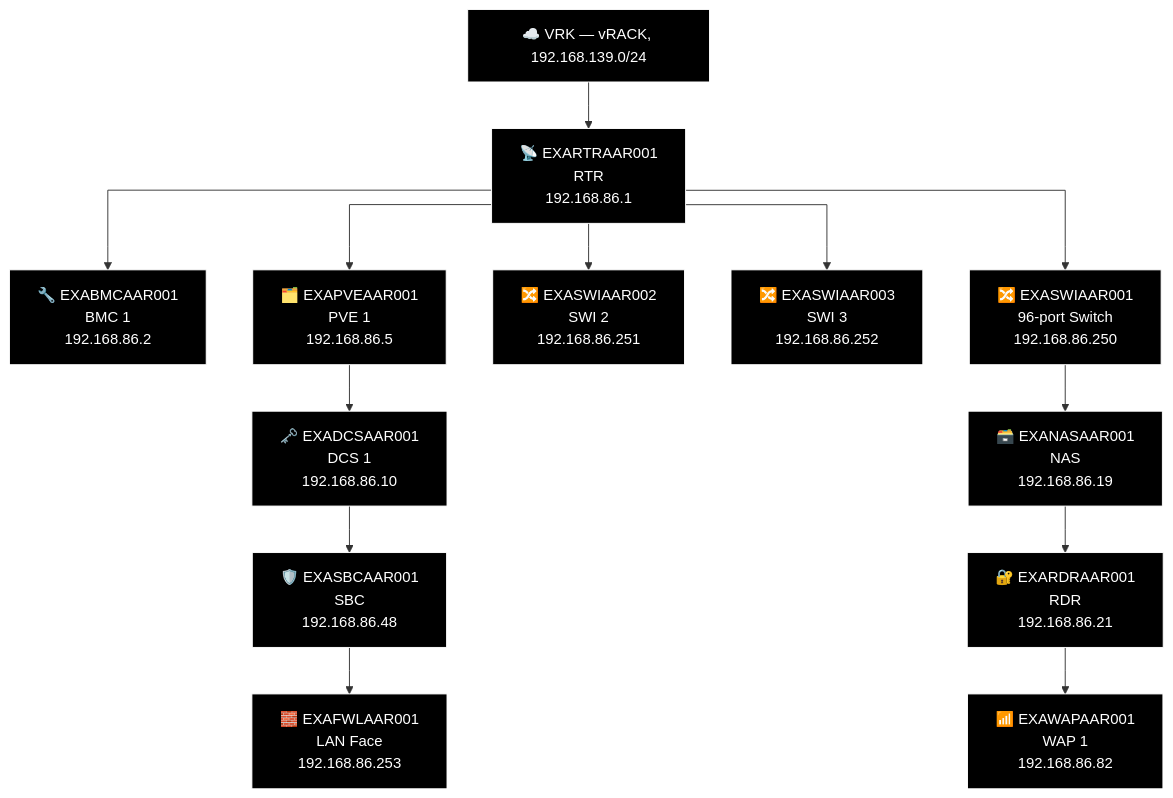
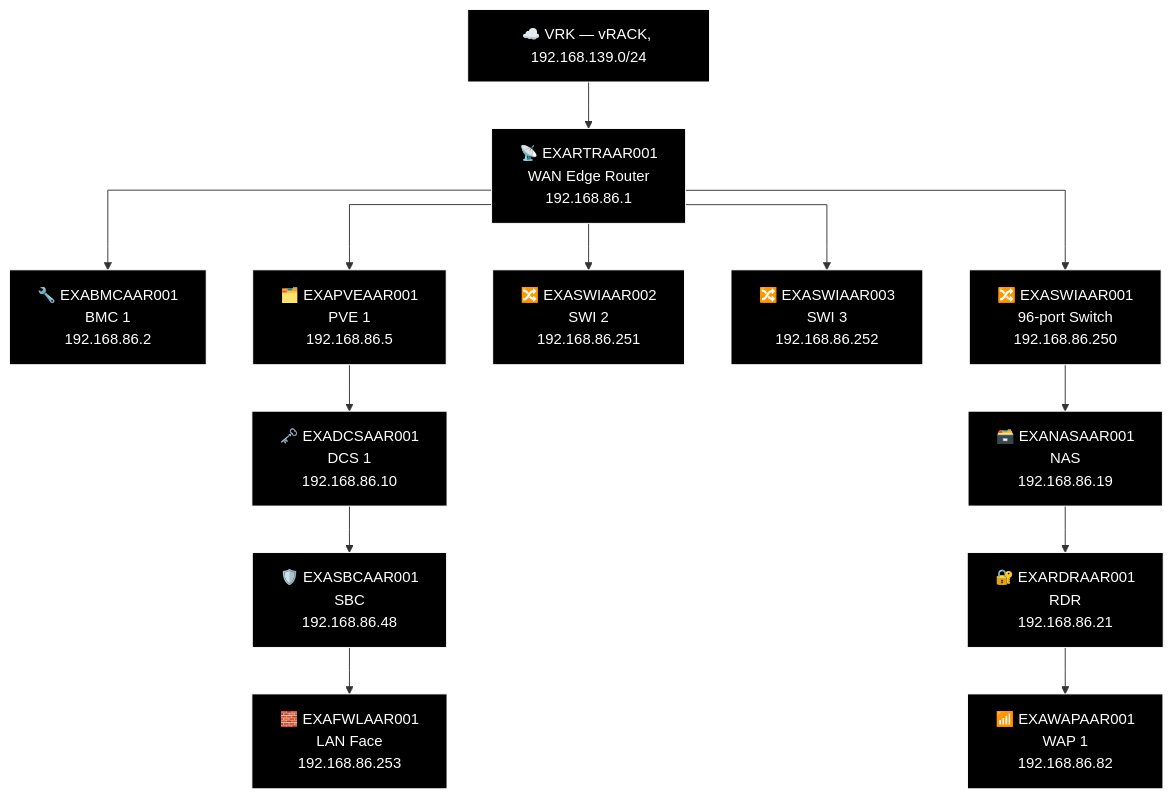
Before and after one commit to knightmare2600/example_music_infra: diagram 17 of 23 in docs/network-diagram/danmark.md, drawn with Mermaid. The commit also changed other lines of this file and 17 other files, not shown here.

````diff
--- a/docs/network-diagram/danmark.md
+++ b/docs/network-diagram/danmark.md
@@ -733,40 +733,40 @@
 ```mermaid
 %% GENERATED:TOPOLOGY:AAR:START
 %%{init: {'flowchart': {'curve': 'stepAfter'}}}%%
 graph TD
     T_VRK["☁️ VRK — vRACK, 192.168.139.0/24"]
-    T_RTR["📡 EXARTRAAR001<br/>RTR<br/>192.168.86.1"]
+    T_RTR["📡 EXARTRAAR001<br/>WAN Edge Router<br/>192.168.86.1"]
     T_VRK --> T_RTR
     T_BMC["🔧 EXABMCAAR001<br/>BMC 1<br/>192.168.86.2"]
     T_RTR --> T_BMC
     T_PVE["🗂️ EXAPVEAAR001<br/>PVE 1<br/>192.168.86.5"]
     T_RTR --> T_PVE
     T_SWI["🔀 EXASWIAAR002<br/>SWI 2<br/>192.168.86.251"]
     T_RTR --> T_SWI
     T_SWI2["🔀 EXASWIAAR003<br/>SWI 3<br/>192.168.86.252"]
     T_RTR --> T_SWI2
     T_SWI3["🔀 EXASWIAAR001<br/>96-port Switch<br/>192.168.86.250"]
     T_RTR --> T_SWI3
     T_NAS["🗃️ EXANASAAR001<br/>NAS<br/>192.168.86.19"]
     T_RDR["🔐 EXARDRAAR001<br/>RDR<br/>192.168.86.21"]
     T_WAP["📶 EXAWAPAAR001<br/>WAP 1<br/>192.168.86.82"]
     T_SWI3 --> T_NAS --> T_RDR --> T_WAP
     T_DCS["🗝️ EXADCSAAR001<br/>DCS 1<br/>192.168.86.10"]
     T_SBC["🛡️ EXASBCAAR001<br/>SBC<br/>192.168.86.48"]
     T_FWL["🧱 EXAFWLAAR001<br/>LAN Face<br/>192.168.86.253"]
     T_PVE --> T_DCS --> T_SBC --> T_FWL
     style T_VRK fill:#000000,stroke:#FFFFFF,color:#FFFFFF
     style T_RTR fill:#000000,stroke:#FFFFFF,color:#FFFFFF
     style T_BMC fill:#000000,stroke:#FFFFFF,color:#FFFFFF
     style T_PVE fill:#000000,stroke:#FFFFFF,color:#FFFFFF
     style T_SWI fill:#000000,stroke:#FFFFFF,color:#FFFFFF
     style T_SWI2 fill:#000000,stroke:#FFFFFF,color:#FFFFFF
     style T_SWI3 fill:#000000,stroke:#FFFFFF,color:#FFFFFF
     style T_NAS fill:#000000,stroke:#FFFFFF,color:#FFFFFF
     style T_RDR fill:#000000,stroke:#FFFFFF,color:#FFFFFF
     style T_WAP fill:#000000,stroke:#FFFFFF,color:#FFFFFF
     style T_DCS fill:#000000,stroke:#FFFFFF,color:#FFFFFF
     style T_SBC fill:#000000,stroke:#FFFFFF,color:#FFFFFF
     style T_FWL fill:#000000,stroke:#FFFFFF,color:#FFFFFF
 %% GENERATED:TOPOLOGY:AAR:END
 ```
````
